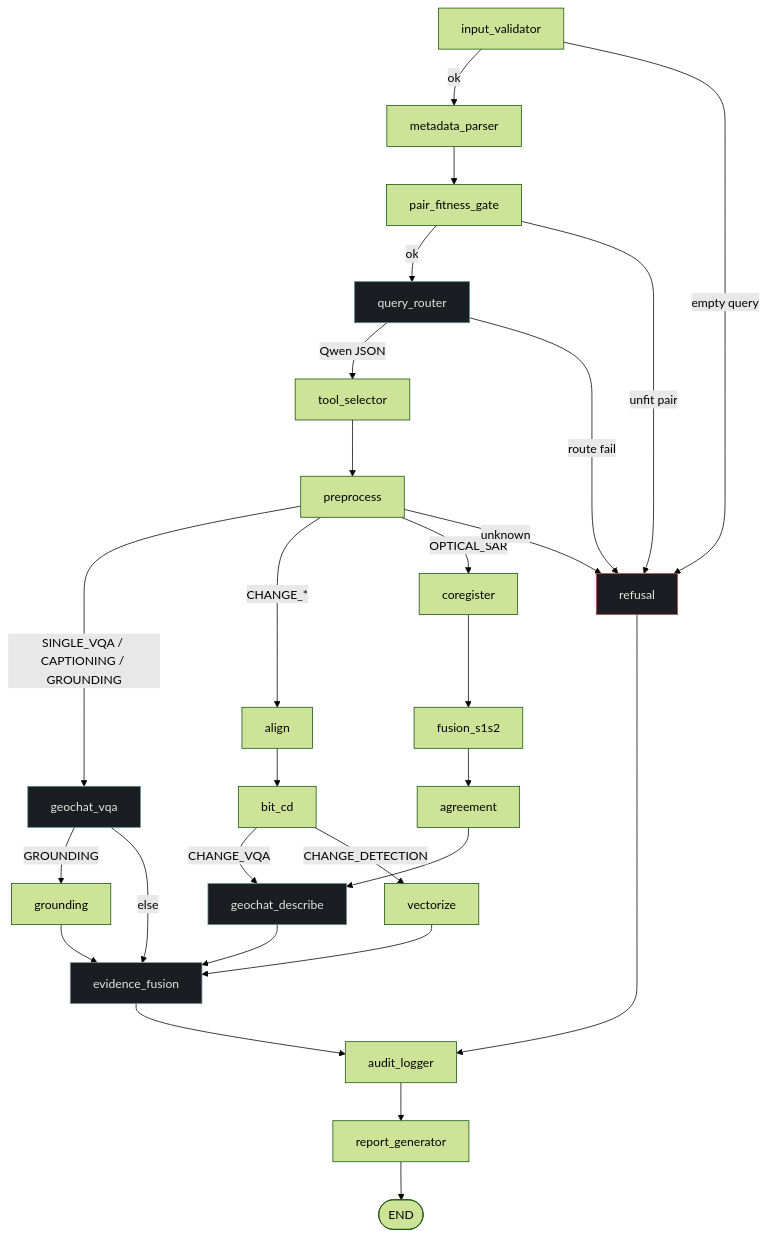
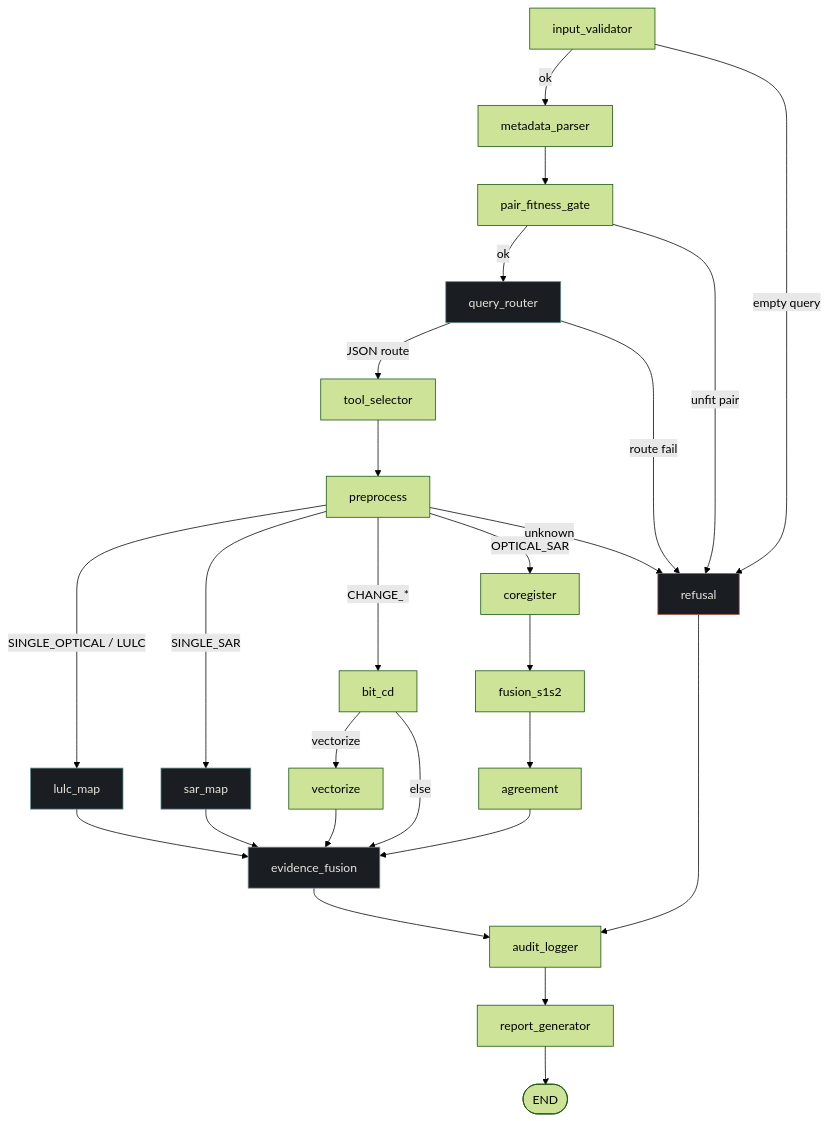
The third of 4 diagrams in README.md (amulyagavankar20-glitch/SatQuery), drawn with Mermaid (forest theme) before and after one commit. The commit also changed other lines of this file and 66 other files, not shown here.

Commit message:
fix: scene state isolation, single vs pair query routing, LULC water masking, and grounded reasoning

````diff
--- a/README.md
+++ b/README.md
@@ -146,41 +144,39 @@
 ```mermaid
 flowchart TD
   IV[input_validator] -->|ok| MP[metadata_parser]
   IV -->|empty query| RF[refusal]
   MP --> PF[pair_fitness_gate]
   PF -->|ok| QR[query_router]
   PF -->|unfit pair| RF
-  QR -->|Qwen JSON| TS[tool_selector]
+  QR -->|JSON route| TS[tool_selector]
   QR -->|route fail| RF
   TS --> PP[preprocess]
 
-  PP -->|SINGLE_VQA / CAPTIONING / GROUNDING| GV[geochat_vqa]
-  PP -->|CHANGE_*| AL[align]
+  PP -->|SINGLE_OPTICAL / LULC| LM[lulc_map]
+  PP -->|SINGLE_SAR| SM[sar_map]
+  PP -->|CHANGE_*| BIT[bit_cd]
   PP -->|OPTICAL_SAR| CR[coregister]
   PP -->|unknown| RF
 
-  GV -->|GROUNDING| GR[grounding]
-  GV -->|else| EF[evidence_fusion]
-  GR --> EF
+  LM --> EF[evidence_fusion]
+  SM --> EF
 
-  AL --> BIT[bit_cd]
-  BIT -->|CHANGE_VQA| GD[geochat_describe]
-  BIT -->|CHANGE_DETECTION| VZ[vectorize]
+  BIT -->|vectorize| VZ[vectorize]
+  BIT -->|else| EF
   VZ --> EF
 
   CR --> FU[fusion_s1s2]
   FU --> AG[agreement]
-  AG --> GD
-  GD --> EF
+  AG --> EF
 
   EF --> AU[audit_logger]
   RF --> AU
   AU --> RG[report_generator]
   RG --> END([END])
 
   style QR fill:#1a1e22,stroke:#5e8f8a,color:#e8e4dc
-  style GV fill:#1a1e22,stroke:#5e8f8a,color:#e8e4dc
-  style GD fill:#1a1e22,stroke:#5e8f8a,color:#e8e4dc
+  style LM fill:#1a1e22,stroke:#5e8f8a,color:#e8e4dc
+  style SM fill:#1a1e22,stroke:#5e8f8a,color:#e8e4dc
   style RF fill:#1a1e22,stroke:#b4554a,color:#e8e4dc
   style EF fill:#1a1e22,stroke:#8b959e,color:#e8e4dc
 ```
````
